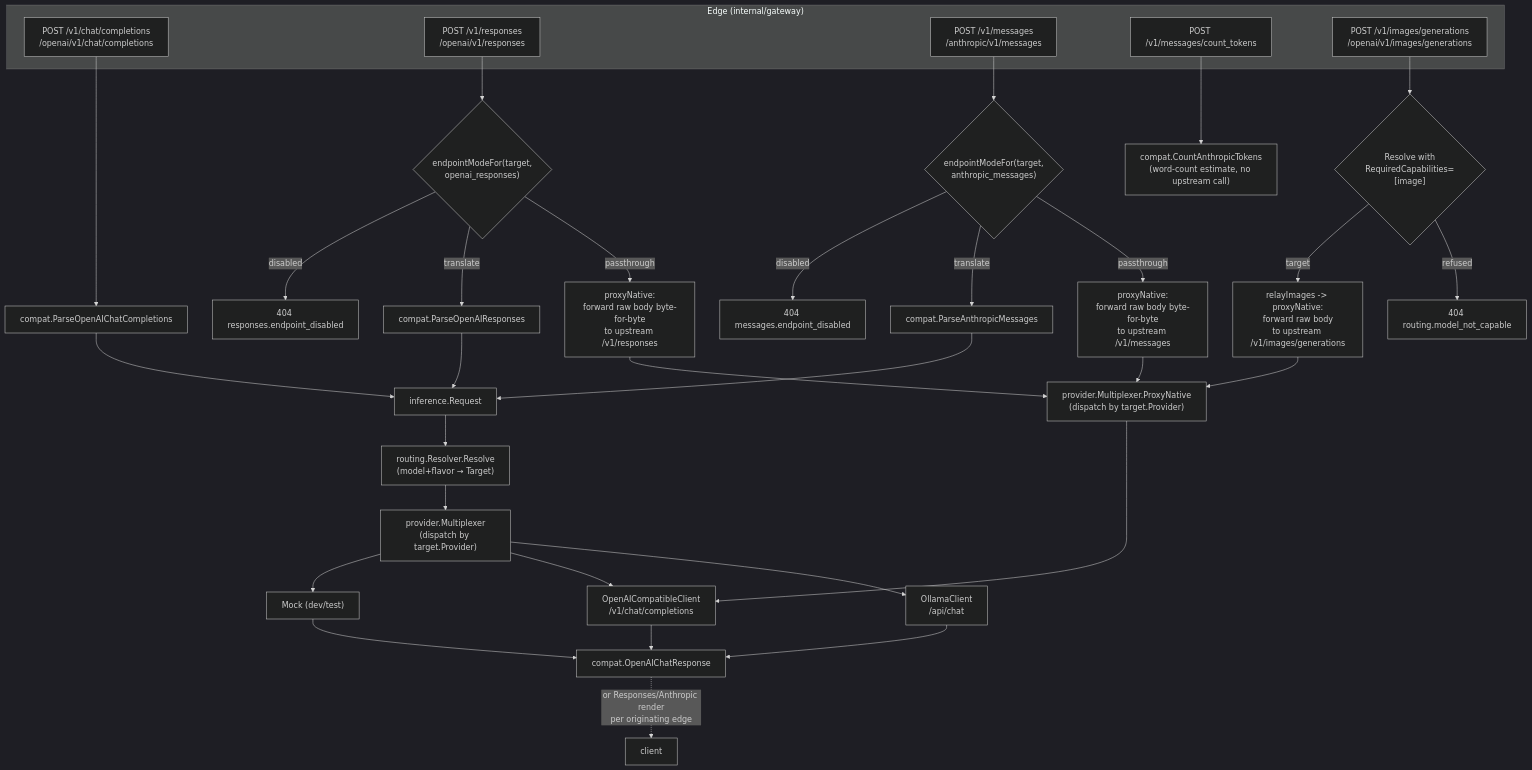
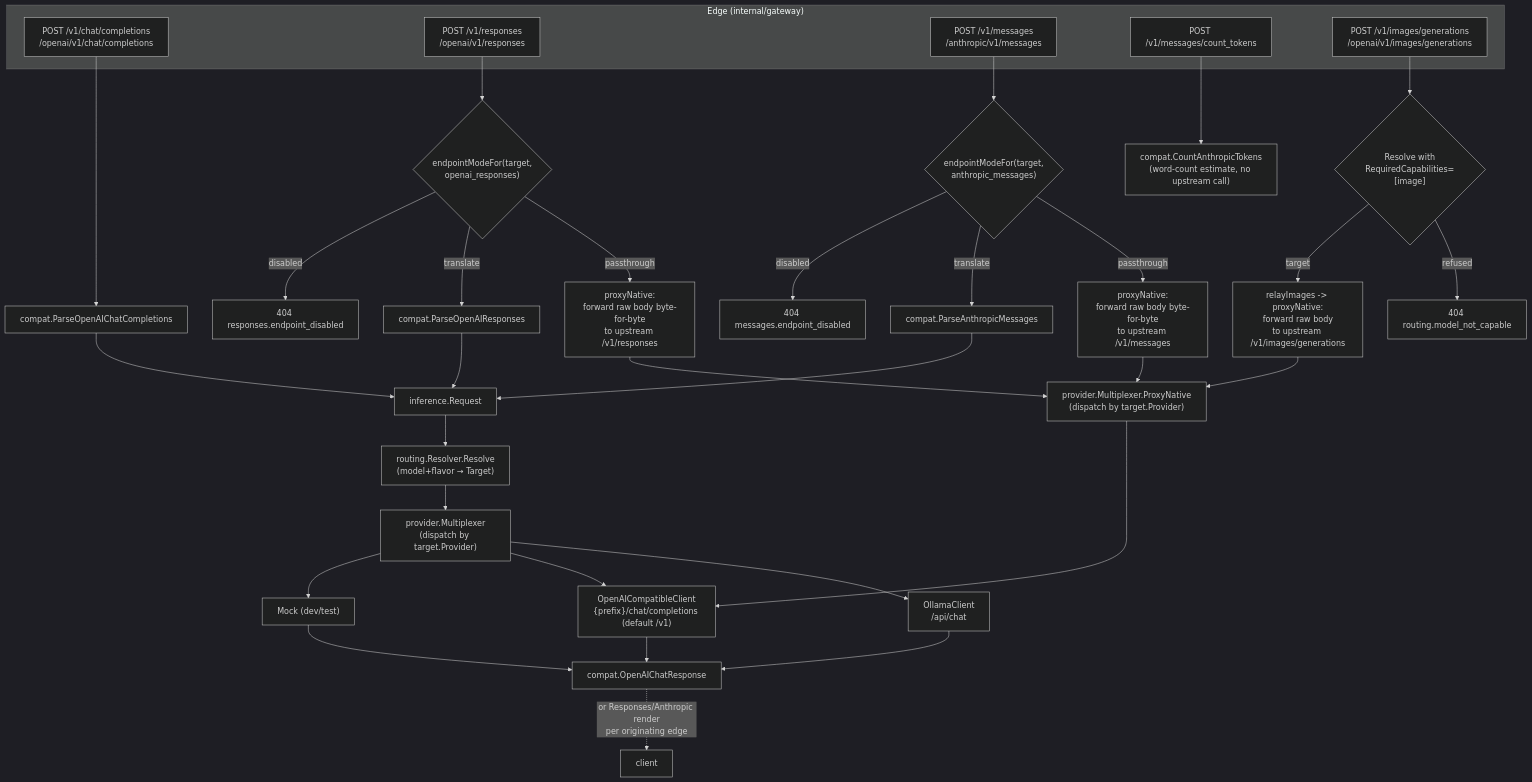
One commit to JLor08/op-ai-gateway changed the first of 2 diagrams in docs/architecture/cross-cutting/compatibility-and-inference.md. Above: the diagram before and after it, drawn with Mermaid (dark theme). The commit also changed other lines of this file and 60 other files, not shown here.

````diff
--- a/docs/architecture/cross-cutting/compatibility-and-inference.md
+++ b/docs/architecture/cross-cutting/compatibility-and-inference.md
@@ -48,45 +48,45 @@
 ```mermaid
 flowchart TD
     subgraph Edges["Edge (internal/gateway)"]
         Chat["POST /v1/chat/completions\n/openai/v1/chat/completions"]
         Resp["POST /v1/responses\n/openai/v1/responses"]
         Msg["POST /v1/messages\n/anthropic/v1/messages"]
         CT["POST /v1/messages/count_tokens"]
         Img["POST /v1/images/generations\n/openai/v1/images/generations"]
     end
 
     Chat --> ParseChat["compat.ParseOpenAIChatCompletions"]
     Resp --> NativeGate{"endpointModeFor(target,\nopenai_responses)"}
     Msg --> NativeGate2{"endpointModeFor(target,\nanthropic_messages)"}
     CT --> CountTok["compat.CountAnthropicTokens\n(word-count estimate, no upstream call)"]
     Img --> CapGate{"Resolve with\nRequiredCapabilities=[image]"}
     CapGate -->|refused| Reject3["404 routing.model_not_capable"]
     CapGate -->|target| Native3["relayImages -> proxyNative:\nforward raw body\nto upstream /v1/images/generations"]
 
     NativeGate -->|passthrough| Native["proxyNative:\nforward raw body byte-for-byte\nto upstream /v1/responses"]
     NativeGate -->|translate| ParseResp["compat.ParseOpenAIResponses"]
     NativeGate -->|disabled| Reject1["404 responses.endpoint_disabled"]
     NativeGate2 -->|passthrough| Native2["proxyNative:\nforward raw body byte-for-byte\nto upstream /v1/messages"]
     NativeGate2 -->|translate| ParseMsg["compat.ParseAnthropicMessages"]
     NativeGate2 -->|disabled| Reject2["404 messages.endpoint_disabled"]
 
     ParseChat --> Req["inference.Request"]
     ParseResp --> Req
     ParseMsg --> Req
 
     Req --> Resolve["routing.Resolver.Resolve\n(model+flavor → Target)"]
     Resolve --> Mux["provider.Multiplexer\n(dispatch by target.Provider)"]
     Native --> ProxyMux["provider.Multiplexer.ProxyNative\n(dispatch by target.Provider)"]
     Native2 --> ProxyMux
     Native3 --> ProxyMux
 
     Mux --> Ollama["OllamaClient\n/api/chat"]
-    Mux --> OAIC["OpenAICompatibleClient\n/v1/chat/completions"]
+    Mux --> OAIC["OpenAICompatibleClient\n{prefix}/chat/completions (default /v1)"]
     Mux --> Mock["Mock (dev/test)"]
     ProxyMux --> OAIC
 
     Ollama --> RenderChat["compat.OpenAIChatResponse"]
     OAIC --> RenderChat
     Mock --> RenderChat
     RenderChat -.->|or Responses/Anthropic render\nper originating edge| Client["client"]
 ```
````
